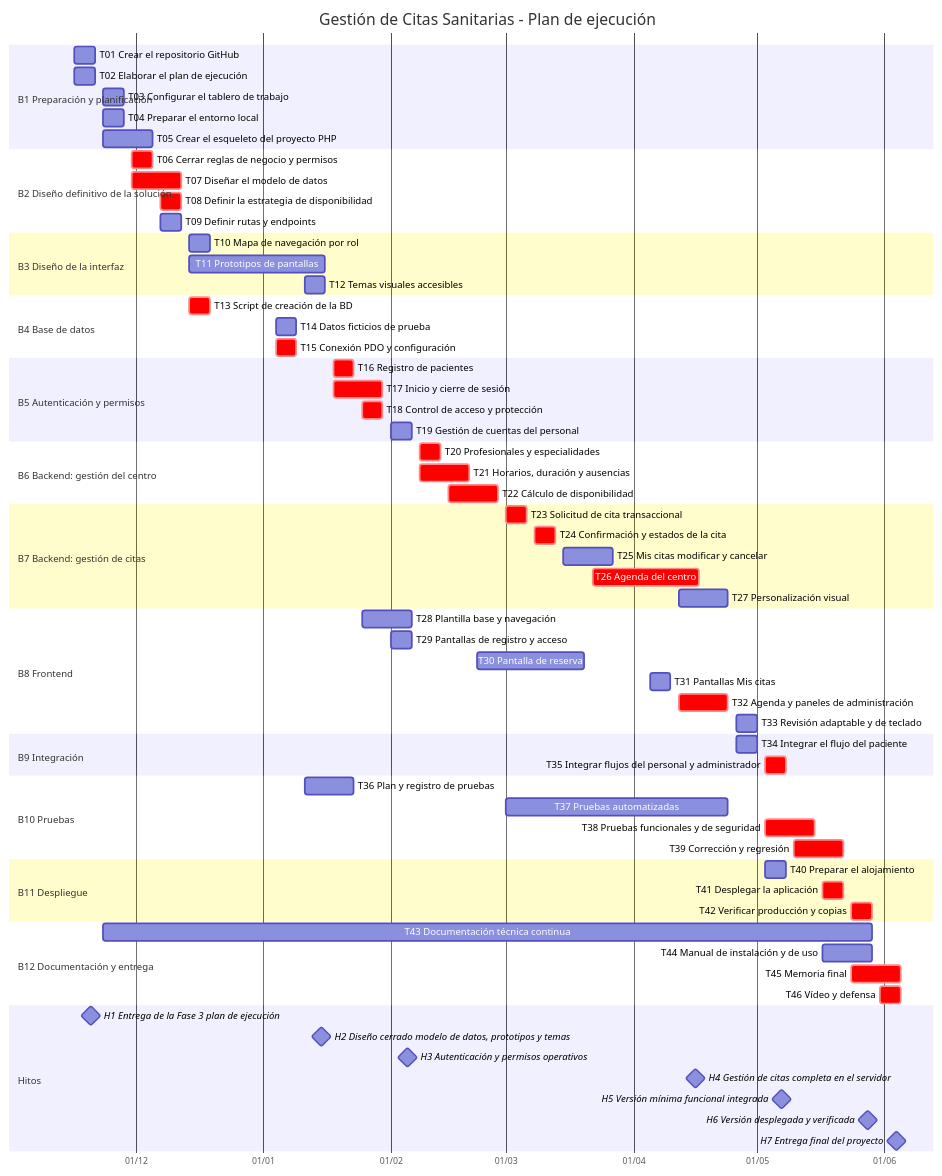
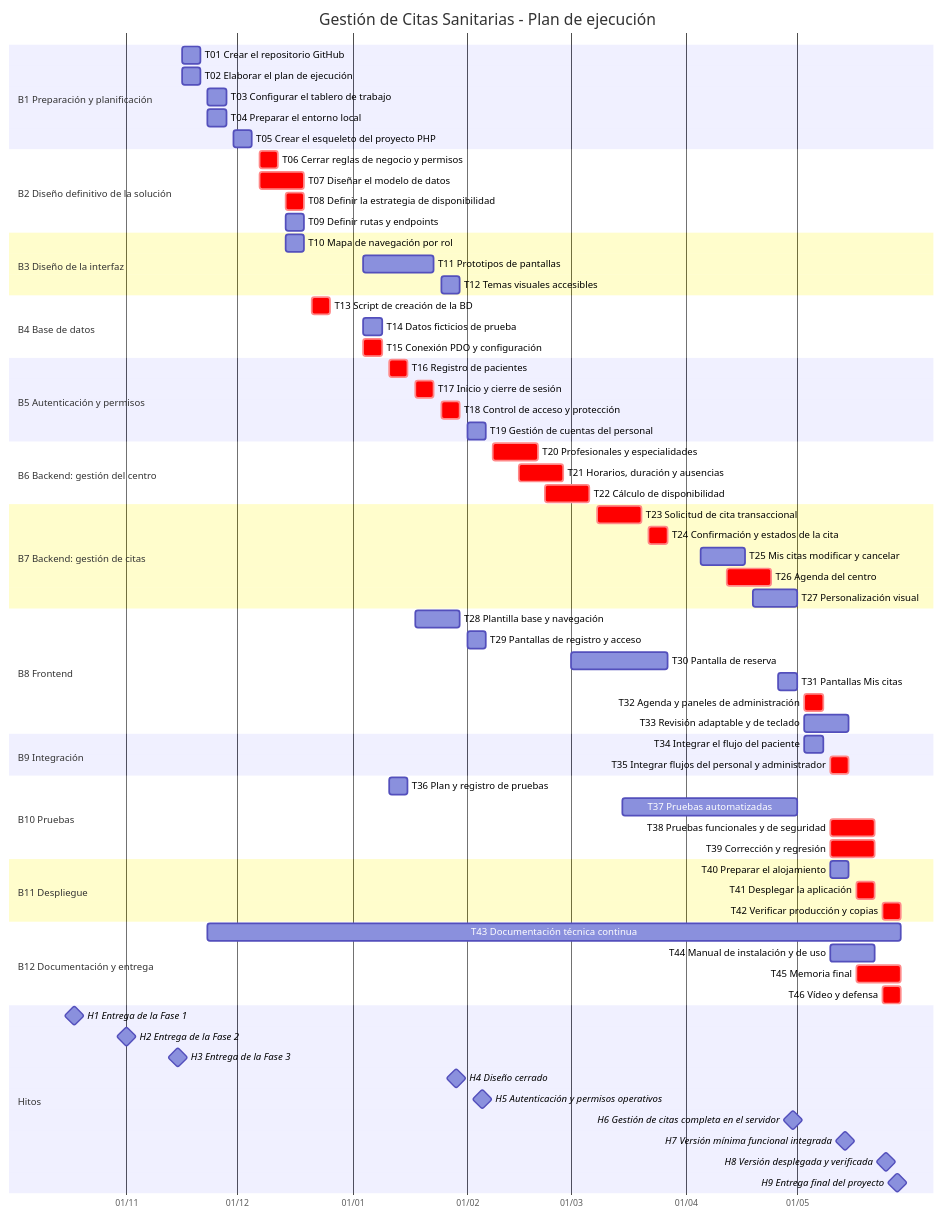
The diagram in docs/cronograma.md (AzaharaGraciaMacia/gestion-citas-sanitarias), drawn with Mermaid before and after one commit. The commit also changed other lines of this file and 7 other files, not shown here.

````diff
--- a/docs/cronograma.md
+++ b/docs/cronograma.md
@@ -7,72 +7,74 @@
 ```mermaid
 gantt
     title Gestión de Citas Sanitarias - Plan de ejecución
     dateFormat YYYY-MM-DD
     axisFormat %d/%m
     section B1 Preparación y planificación
     T01 Crear el repositorio GitHub :T01, 2026-11-16, 2026-11-21
     T02 Elaborar el plan de ejecución :T02, 2026-11-16, 2026-11-21
     T03 Configurar el tablero de trabajo :T03, 2026-11-23, 2026-11-28
     T04 Preparar el entorno local :T04, 2026-11-23, 2026-11-28
-    T05 Crear el esqueleto del proyecto PHP :T05, 2026-11-23, 2026-12-05
+    T05 Crear el esqueleto del proyecto PHP :T05, 2026-11-30, 2026-12-05
     section B2 Diseño definitivo de la solución
-    T06 Cerrar reglas de negocio y permisos :crit, T06, 2026-11-30, 2026-12-05
-    T07 Diseñar el modelo de datos :crit, T07, 2026-11-30, 2026-12-12
-    T08 Definir la estrategia de disponibilidad :crit, T08, 2026-12-07, 2026-12-12
-    T09 Definir rutas y endpoints :T09, 2026-12-07, 2026-12-12
+    T06 Cerrar reglas de negocio y permisos :crit, T06, 2026-12-07, 2026-12-12
+    T07 Diseñar el modelo de datos :crit, T07, 2026-12-07, 2026-12-19
+    T08 Definir la estrategia de disponibilidad :crit, T08, 2026-12-14, 2026-12-19
+    T09 Definir rutas y endpoints :T09, 2026-12-14, 2026-12-19
     section B3 Diseño de la interfaz
     T10 Mapa de navegación por rol :T10, 2026-12-14, 2026-12-19
-    T11 Prototipos de pantallas :T11, 2026-12-14, 2027-01-16
-    T12 Temas visuales accesibles :T12, 2027-01-11, 2027-01-16
+    T11 Prototipos de pantallas :T11, 2027-01-04, 2027-01-23
+    T12 Temas visuales accesibles :T12, 2027-01-25, 2027-01-30
     section B4 Base de datos
-    T13 Script de creación de la BD :crit, T13, 2026-12-14, 2026-12-19
+    T13 Script de creación de la BD :crit, T13, 2026-12-21, 2026-12-26
     T14 Datos ficticios de prueba :T14, 2027-01-04, 2027-01-09
     T15 Conexión PDO y configuración :crit, T15, 2027-01-04, 2027-01-09
     section B5 Autenticación y permisos
-    T16 Registro de pacientes :crit, T16, 2027-01-18, 2027-01-23
-    T17 Inicio y cierre de sesión :crit, T17, 2027-01-18, 2027-01-30
+    T16 Registro de pacientes :crit, T16, 2027-01-11, 2027-01-16
+    T17 Inicio y cierre de sesión :crit, T17, 2027-01-18, 2027-01-23
     T18 Control de acceso y protección :crit, T18, 2027-01-25, 2027-01-30
     T19 Gestión de cuentas del personal :T19, 2027-02-01, 2027-02-06
     section B6 Backend: gestión del centro
-    T20 Profesionales y especialidades :crit, T20, 2027-02-08, 2027-02-13
-    T21 Horarios, duración y ausencias :crit, T21, 2027-02-08, 2027-02-20
-    T22 Cálculo de disponibilidad :crit, T22, 2027-02-15, 2027-02-27
+    T20 Profesionales y especialidades :crit, T20, 2027-02-08, 2027-02-20
+    T21 Horarios, duración y ausencias :crit, T21, 2027-02-15, 2027-02-27
+    T22 Cálculo de disponibilidad :crit, T22, 2027-02-22, 2027-03-06
     section B7 Backend: gestión de citas
-    T23 Solicitud de cita transaccional :crit, T23, 2027-03-01, 2027-03-06
-    T24 Confirmación y estados de la cita :crit, T24, 2027-03-08, 2027-03-13
-    T25 Mis citas modificar y cancelar :T25, 2027-03-15, 2027-03-27
-    T26 Agenda del centro :crit, T26, 2027-03-22, 2027-04-17
-    T27 Personalización visual :T27, 2027-04-12, 2027-04-24
+    T23 Solicitud de cita transaccional :crit, T23, 2027-03-08, 2027-03-20
+    T24 Confirmación y estados de la cita :crit, T24, 2027-03-22, 2027-03-27
+    T25 Mis citas modificar y cancelar :T25, 2027-04-05, 2027-04-17
+    T26 Agenda del centro :crit, T26, 2027-04-12, 2027-04-24
+    T27 Personalización visual :T27, 2027-04-19, 2027-05-01
     section B8 Frontend
-    T28 Plantilla base y navegación :T28, 2027-01-25, 2027-02-06
+    T28 Plantilla base y navegación :T28, 2027-01-18, 2027-01-30
     T29 Pantallas de registro y acceso :T29, 2027-02-01, 2027-02-06
-    T30 Pantalla de reserva :T30, 2027-02-22, 2027-03-20
-    T31 Pantallas Mis citas :T31, 2027-04-05, 2027-04-10
-    T32 Agenda y paneles de administración :crit, T32, 2027-04-12, 2027-04-24
-    T33 Revisión adaptable y de teclado :T33, 2027-04-26, 2027-05-01
+    T30 Pantalla de reserva :T30, 2027-03-01, 2027-03-27
+    T31 Pantallas Mis citas :T31, 2027-04-26, 2027-05-01
+    T32 Agenda y paneles de administración :crit, T32, 2027-05-03, 2027-05-08
+    T33 Revisión adaptable y de teclado :T33, 2027-05-03, 2027-05-15
     section B9 Integración
-    T34 Integrar el flujo del paciente :T34, 2027-04-26, 2027-05-01
-    T35 Integrar flujos del personal y administrador :crit, T35, 2027-05-03, 2027-05-08
+    T34 Integrar el flujo del paciente :T34, 2027-05-03, 2027-05-08
+    T35 Integrar flujos del personal y administrador :crit, T35, 2027-05-10, 2027-05-15
     section B10 Pruebas
-    T36 Plan y registro de pruebas :T36, 2027-01-11, 2027-01-23
-    T37 Pruebas automatizadas :T37, 2027-03-01, 2027-04-24
-    T38 Pruebas funcionales y de seguridad :crit, T38, 2027-05-03, 2027-05-15
+    T36 Plan y registro de pruebas :T36, 2027-01-11, 2027-01-16
+    T37 Pruebas automatizadas :T37, 2027-03-15, 2027-05-01
+    T38 Pruebas funcionales y de seguridad :crit, T38, 2027-05-10, 2027-05-22
     T39 Corrección y regresión :crit, T39, 2027-05-10, 2027-05-22
     section B11 Despliegue
-    T40 Preparar el alojamiento :T40, 2027-05-03, 2027-05-08
+    T40 Preparar el alojamiento :T40, 2027-05-10, 2027-05-15
     T41 Desplegar la aplicación :crit, T41, 2027-05-17, 2027-05-22
     T42 Verificar producción y copias :crit, T42, 2027-05-24, 2027-05-29
     section B12 Documentación y entrega
     T43 Documentación técnica continua :T43, 2026-11-23, 2027-05-29
-    T44 Manual de instalación y de uso :T44, 2027-05-17, 2027-05-29
-    T45 Memoria final :crit, T45, 2027-05-24, 2027-06-05
-    T46 Vídeo y defensa :crit, T46, 2027-05-31, 2027-06-05
+    T44 Manual de instalación y de uso :T44, 2027-05-10, 2027-05-22
+    T45 Memoria final :crit, T45, 2027-05-17, 2027-05-29
+    T46 Vídeo y defensa :crit, T46, 2027-05-24, 2027-05-29
     section Hitos
-    H1 Entrega de la Fase 3 plan de ejecución :milestone, H1, 2026-11-20, 0d
-    H2 Diseño cerrado modelo de datos, prototipos y temas :milestone, H2, 2027-01-15, 0d
-    H3 Autenticación y permisos operativos :milestone, H3, 2027-02-05, 0d
-    H4 Gestión de citas completa en el servidor :milestone, H4, 2027-04-16, 0d
-    H5 Versión mínima funcional integrada :milestone, H5, 2027-05-07, 0d
-    H6 Versión desplegada y verificada :milestone, H6, 2027-05-28, 0d
-    H7 Entrega final del proyecto :milestone, H7, 2027-06-04, 0d
+    H1 Entrega de la Fase 1 :milestone, H1, 2026-10-18, 0d
+    H2 Entrega de la Fase 2 :milestone, H2, 2026-11-01, 0d
+    H3 Entrega de la Fase 3 :milestone, H3, 2026-11-15, 0d
+    H4 Diseño cerrado :milestone, H4, 2027-01-29, 0d
+    H5 Autenticación y permisos operativos :milestone, H5, 2027-02-05, 0d
+    H6 Gestión de citas completa en el servidor :milestone, H6, 2027-04-30, 0d
+    H7 Versión mínima funcional integrada :milestone, H7, 2027-05-14, 0d
+    H8 Versión desplegada y verificada :milestone, H8, 2027-05-25, 0d
+    H9 Entrega final del proyecto :milestone, H9, 2027-05-28, 0d
 ```
````
